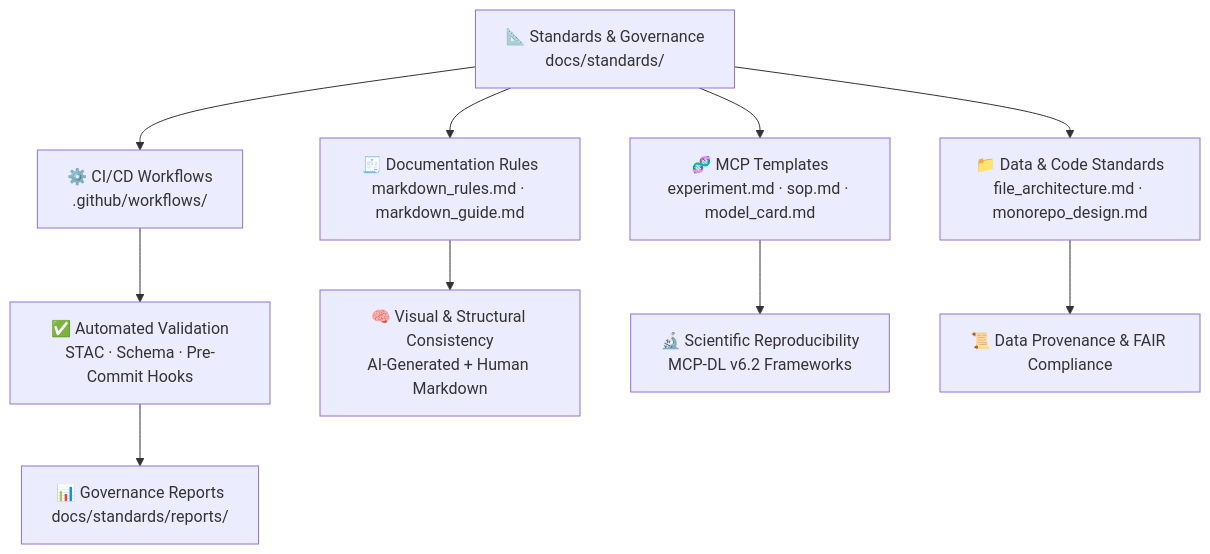
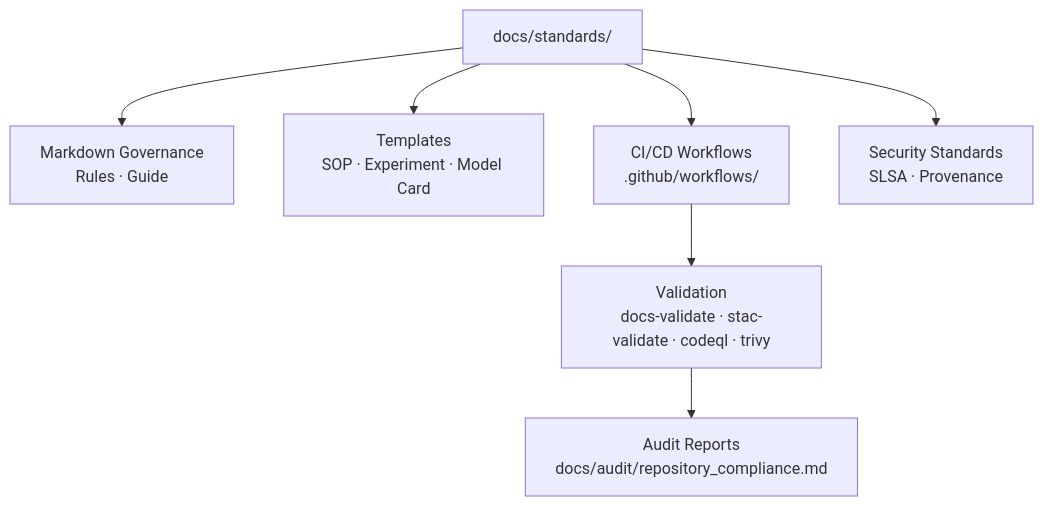
One commit to bartytime4life/Kansas-Frontier-Matrix changed the diagram in docs/standards/README.md. Above: the diagram before and after it, drawn with Mermaid. The commit also changed other lines of this file, not shown here.

First line of the commit message:
Revise README for MCP-DL v6.3 compliance

`````diff
--- a/docs/standards/README.md
+++ b/docs/standards/README.md
@@ -43,12 +68,9 @@
 ```mermaid
 flowchart TD
-  A["📐 Standards & Governance<br/>docs/standards/"] --> B["⚙️ CI/CD Workflows<br/>.github/workflows/"]
-  A --> C["🧾 Documentation Rules<br/>markdown_rules.md · markdown_guide.md"]
-  A --> D["🧬 MCP Templates<br/>experiment.md · sop.md · model_card.md"]
-  A --> E["📁 Data & Code Standards<br/>file_architecture.md · monorepo_design.md"]
-  B --> F["✅ Automated Validation<br/>STAC · Schema · Pre-Commit Hooks"]
-  C --> G["🧠 Visual & Structural Consistency<br/>AI-Generated + Human Markdown"]
-  D --> H["🔬 Scientific Reproducibility<br/>MCP-DL v6.2 Frameworks"]
-  E --> I["📜 Data Provenance & FAIR Compliance"]
-  F --> J["📊 Governance Reports<br/>docs/standards/reports/"]
-````
+    A["docs/standards/"] --> B["Markdown Governance<br/>Rules · Guide"]
+    A --> C["Templates<br/>SOP · Experiment · Model Card"]
+    A --> D["CI/CD Workflows<br/>.github/workflows/"]
+    A --> E["Security Standards<br/>SLSA · Provenance"]
+    D --> F["Validation<br/>docs-validate · stac-validate · codeql · trivy"]
+    F --> G["Audit Reports<br/>docs/audit/repository_compliance.md"]
+```
`````
